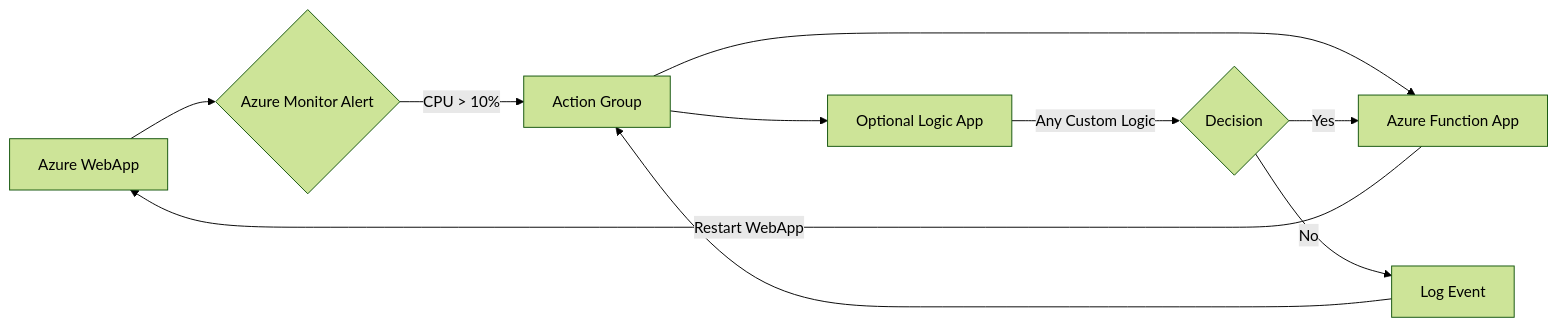
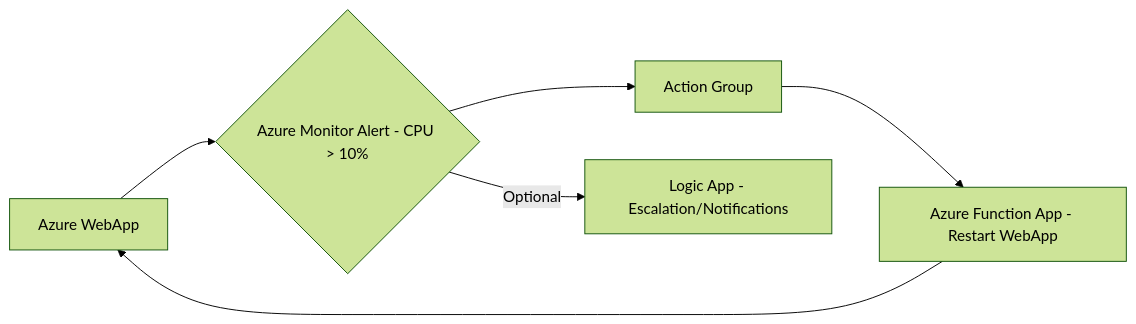
One commit to Jobinjohn2002/Infra_ops changed the diagram in diagram.mmd. Above: the diagram before and after it, drawn with Mermaid (forest theme). The commit also changed 2 other files, not shown here.

Commit message:
Auto-generated runbook with diagram image

```diff
--- a/diagram.mmd
+++ b/diagram.mmd
@@ -1,10 +1,6 @@
 graph LR
-    A[Azure WebApp] --> B{Azure Monitor Alert};
-    B -- CPU > 10% --> C[Action Group];
-    C --> D[Azure Function App];
-    D -- Restart WebApp --> A;
-    C --> E[Optional Logic App];
-    E -- Any Custom Logic --> F{Decision};
-    F -- Yes --> D;
-    F -- No --> G[Log Event];
-    G --> C;
+    A[Azure WebApp] --> B{Azure Monitor Alert - CPU > 10%}
+    B --> C[Action Group]
+    C --> D[Azure Function App - Restart WebApp]
+    D --> A
+    B -- Optional --> E[Logic App - Escalation/Notifications]
```
